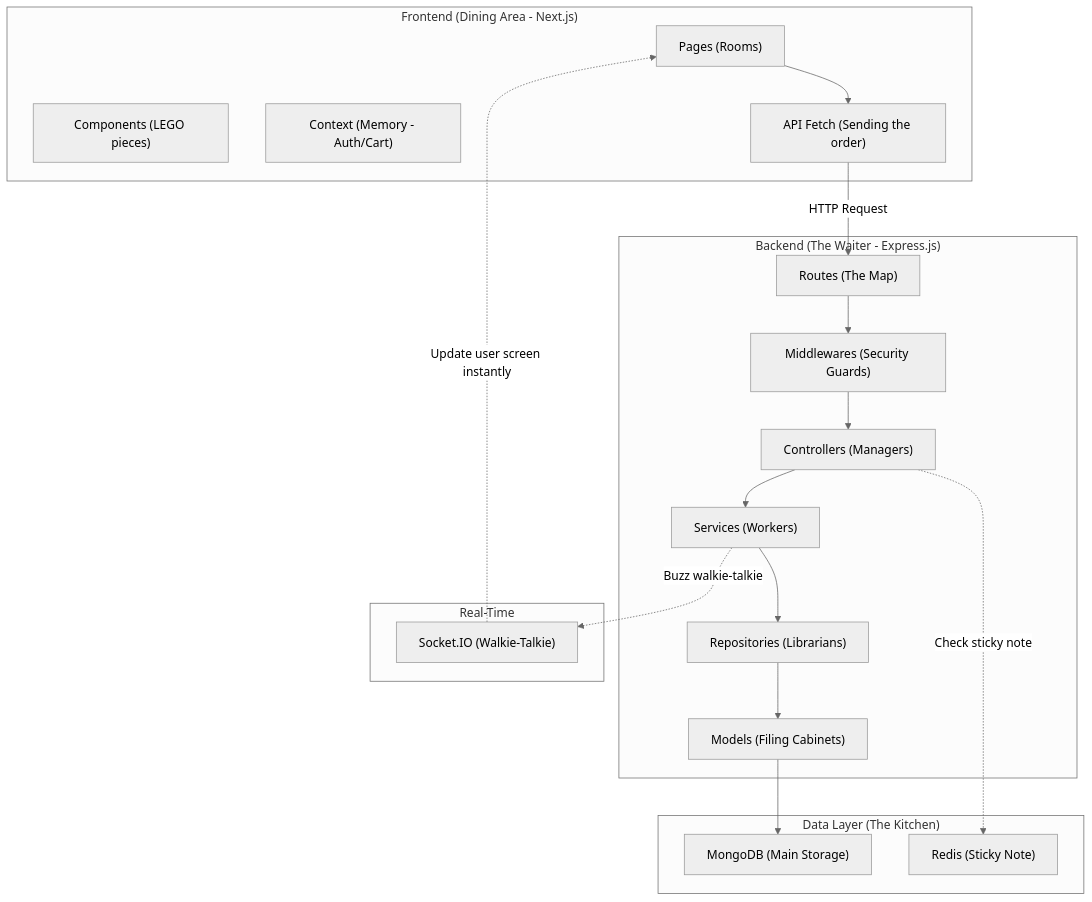
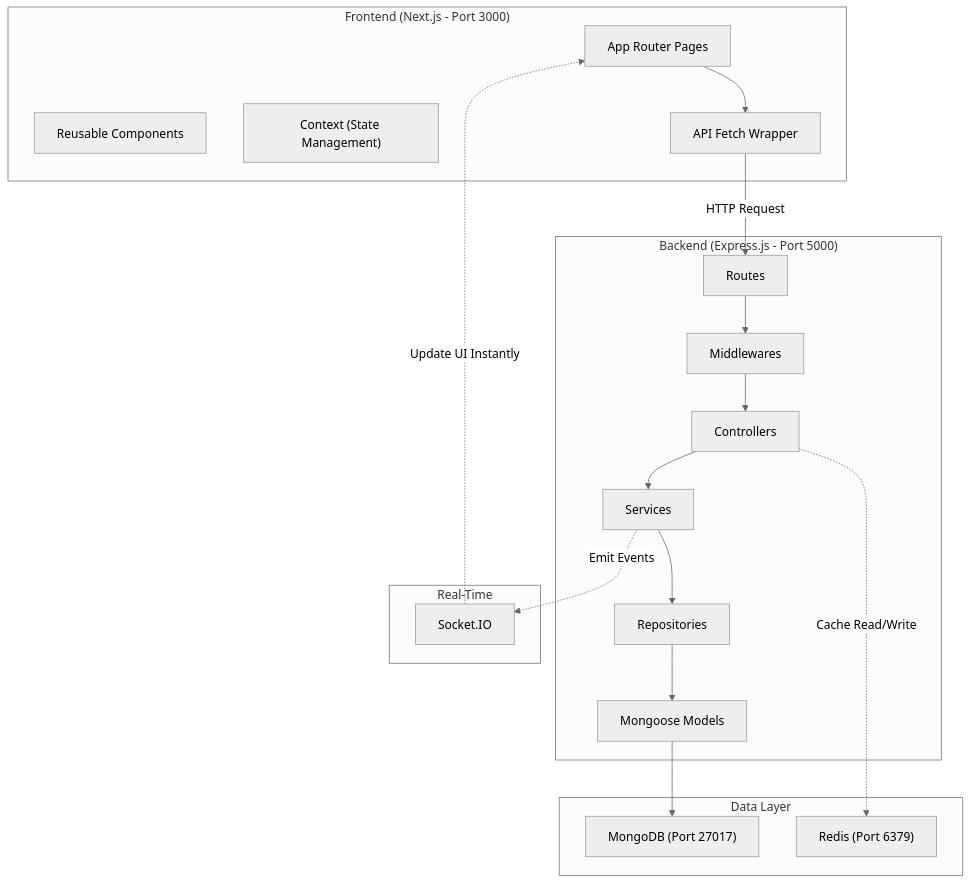
Before and after one commit to mhaseebhassan/tek-web-ecom: the diagram in WALKTHROUGH.md, drawn with Mermaid (neutral theme). The commit also changed other lines of this file, not shown here.

````diff
--- a/WALKTHROUGH.md
+++ b/WALKTHROUGH.md
@@ -18,34 +9,34 @@
 ```mermaid
 graph TB
-    subgraph Frontend["Frontend (Dining Area - Next.js)"]
-        Pages["Pages (Rooms)"]
-        Components["Components (LEGO pieces)"]
-        Contexts["Context (Memory - Auth/Cart)"]
-        API["API Fetch (Sending the order)"]
+    subgraph Frontend["Frontend (Next.js - Port 3000)"]
+        Pages["App Router Pages"]
+        Components["Reusable Components"]
+        Contexts["Context (State Management)"]
+        API["API Fetch Wrapper"]
     end
 
-    subgraph Backend["Backend (The Waiter - Express.js)"]
-        Routes["Routes (The Map)"]
-        Middleware["Middlewares (Security Guards)"]
-        Controllers["Controllers (Managers)"]
-        Services["Services (Workers)"]
-        Repos["Repositories (Librarians)"]
-        Models["Models (Filing Cabinets)"]
+    subgraph Backend["Backend (Express.js - Port 5000)"]
+        Routes["Routes"]
+        Middleware["Middlewares"]
+        Controllers["Controllers"]
+        Services["Services"]
+        Repos["Repositories"]
+        Models["Mongoose Models"]
     end
 
-    subgraph Data["Data Layer (The Kitchen)"]
-        MongoDB["MongoDB (Main Storage)"]
-        Redis["Redis (Sticky Note)"]
+    subgraph Data["Data Layer"]
+        MongoDB["MongoDB (Port 27017)"]
+        Redis["Redis (Port 6379)"]
     end
 
     subgraph Realtime["Real-Time"]
-        SocketIO["Socket.IO (Walkie-Talkie)"]
+        SocketIO["Socket.IO"]
     end
 
     Pages --> API
     API -->|HTTP Request| Routes
     Routes --> Middleware --> Controllers --> Services --> Repos --> Models --> MongoDB
-    Controllers -.->|Check sticky note| Redis
-    Services -.->|Buzz walkie-talkie| SocketIO
-    SocketIO -.->|Update user screen instantly| Pages
+    Controllers -.->|Cache Read/Write| Redis
+    Services -.->|Emit Events| SocketIO
+    SocketIO -.->|Update UI Instantly| Pages
 ```
````
